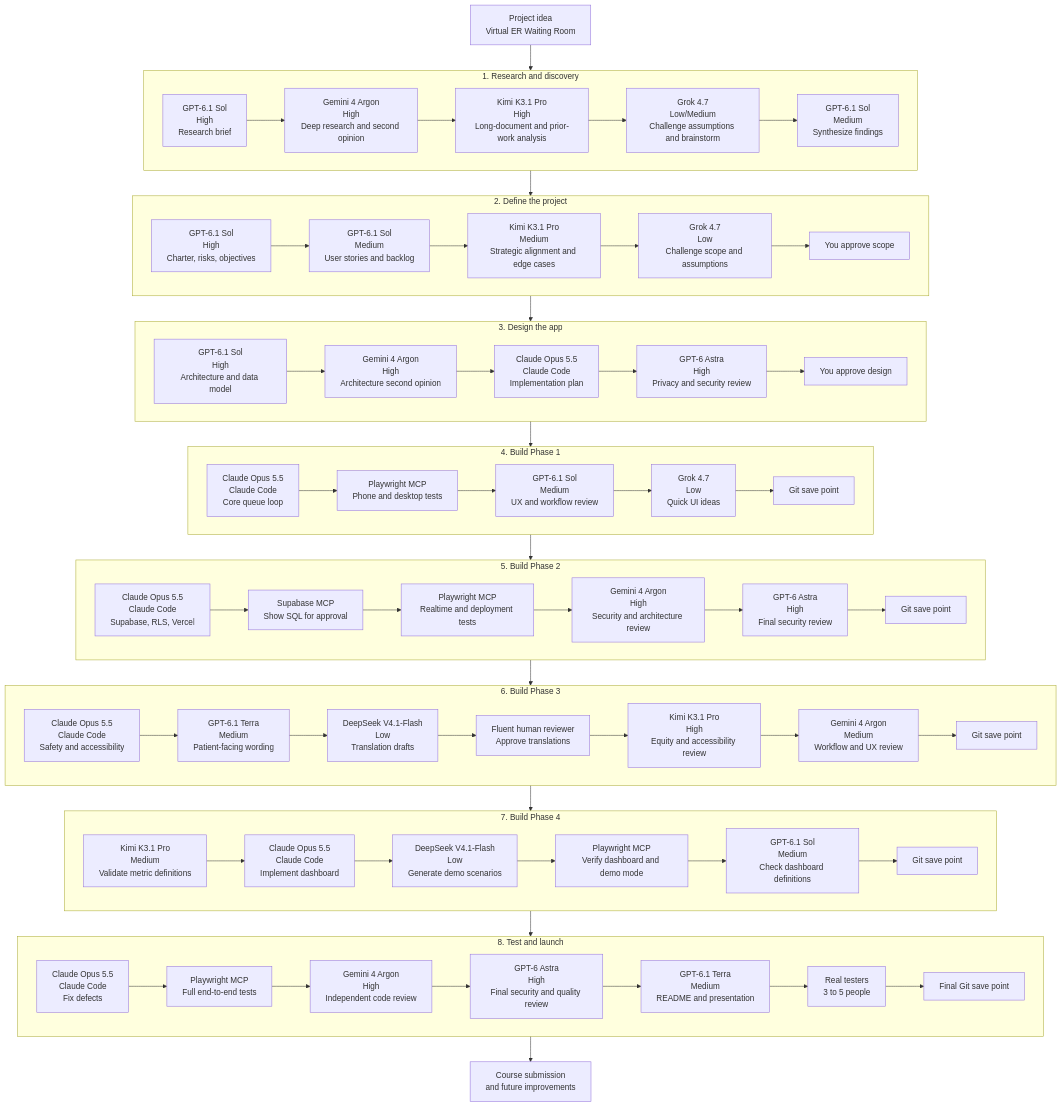
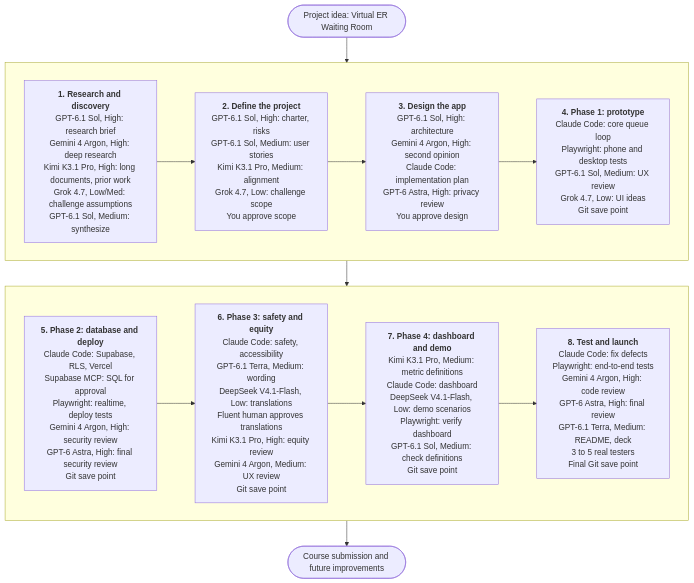
The diagram in ai_model_workflow_virtual_er.md (mgoldenitz/virtual-er), drawn with Mermaid before and after one commit.

Commit message:
Make the lifecycle diagram shorter
Claude-Session: https://claude.ai/code/session_01Wo6jyJUASZCRQHxJDEvDg6

````diff
--- a/ai_model_workflow_virtual_er.md
+++ b/ai_model_workflow_virtual_er.md
@@ -30,82 +30,26 @@
 ```mermaid
 flowchart TD
-    A[Project idea<br>Virtual ER Waiting Room] --> B[Research and discovery]
+    A([Project idea: Virtual ER Waiting Room])
 
-    subgraph B[1. Research and discovery]
-        B1[GPT-6.1 Sol<br>High<br>Research brief] --> B2[Gemini 4 Argon<br>High<br>Deep research and second opinion]
-        B2 --> B3[Kimi K3.1 Pro<br>High<br>Long-document and prior-work analysis]
-        B3 --> B4[Grok 4.7<br>Low/Medium<br>Challenge assumptions and brainstorm]
-        B4 --> B5[GPT-6.1 Sol<br>Medium<br>Synthesize findings]
+    subgraph R1[" "]
+        direction LR
+        B["<b>1. Research and discovery</b><br>GPT-6.1 Sol, High: research brief<br>Gemini 4 Argon, High: deep research<br>Kimi K3.1 Pro, High: long documents, prior work<br>Grok 4.7, Low/Med: challenge assumptions<br>GPT-6.1 Sol, Medium: synthesize"]
+        C["<b>2. Define the project</b><br>GPT-6.1 Sol, High: charter, risks<br>GPT-6.1 Sol, Medium: user stories<br>Kimi K3.1 Pro, Medium: alignment<br>Grok 4.7, Low: challenge scope<br>You approve scope"]
+        D["<b>3. Design the app</b><br>GPT-6.1 Sol, High: architecture<br>Gemini 4 Argon, High: second opinion<br>Claude Code: implementation plan<br>GPT-6 Astra, High: privacy review<br>You approve design"]
+        E["<b>4. Phase 1: prototype</b><br>Claude Code: core queue loop<br>Playwright: phone and desktop tests<br>GPT-6.1 Sol, Medium: UX review<br>Grok 4.7, Low: UI ideas<br>Git save point"]
+        B --> C --> D --> E
     end
 
-    B --> C[Project definition]
-
-    subgraph C[2. Define the project]
-        C1[GPT-6.1 Sol<br>High<br>Charter, risks, objectives] --> C2[GPT-6.1 Sol<br>Medium<br>User stories and backlog]
-        C2 --> C3[Kimi K3.1 Pro<br>Medium<br>Strategic alignment and edge cases]
-        C3 --> C4[Grok 4.7<br>Low<br>Challenge scope and assumptions]
-        C4 --> C5[You approve scope]
+    subgraph R2[" "]
+        direction LR
+        F["<b>5. Phase 2: database and deploy</b><br>Claude Code: Supabase, RLS, Vercel<br>Supabase MCP: SQL for approval<br>Playwright: realtime, deploy tests<br>Gemini 4 Argon, High: security review<br>GPT-6 Astra, High: final security review<br>Git save point"]
+        G["<b>6. Phase 3: safety and equity</b><br>Claude Code: safety, accessibility<br>GPT-6.1 Terra, Medium: wording<br>DeepSeek V4.1-Flash, Low: translations<br>Fluent human approves translations<br>Kimi K3.1 Pro, High: equity review<br>Gemini 4 Argon, Medium: UX review<br>Git save point"]
+        H["<b>7. Phase 4: dashboard and demo</b><br>Kimi K3.1 Pro, Medium: metric definitions<br>Claude Code: dashboard<br>DeepSeek V4.1-Flash, Low: demo scenarios<br>Playwright: verify dashboard<br>GPT-6.1 Sol, Medium: check definitions<br>Git save point"]
+        I["<b>8. Test and launch</b><br>Claude Code: fix defects<br>Playwright: end-to-end tests<br>Gemini 4 Argon, High: code review<br>GPT-6 Astra, High: final review<br>GPT-6.1 Terra, Medium: README, deck<br>3 to 5 real testers<br>Final Git save point"]
+        F --> G --> H --> I
     end
 
-    C --> D[Solution design]
+    J([Course submission and future improvements])
 
-    subgraph D[3. Design the app]
-        D1[GPT-6.1 Sol<br>High<br>Architecture and data model] --> D2[Gemini 4 Argon<br>High<br>Architecture second opinion]
-        D2 --> D3[Claude Opus 5.5<br>Claude Code<br>Implementation plan]
-        D3 --> D4[GPT-6 Astra<br>High<br>Privacy and security review]
-        D4 --> D5[You approve design]
-    end
-
-    D --> E[Build Phase 1<br>Clickable prototype]
-
-    subgraph E[4. Build Phase 1]
-        E1[Claude Opus 5.5<br>Claude Code<br>Core queue loop] --> E2[Playwright MCP<br>Phone and desktop tests]
-        E2 --> E3[GPT-6.1 Sol<br>Medium<br>UX and workflow review]
-        E3 --> E4[Grok 4.7<br>Low<br>Quick UI ideas]
-        E4 --> E5[Git save point]
-    end
-
-    E --> F[Build Phase 2<br>Database and deployment]
-
-    subgraph F[5. Build Phase 2]
-        F1[Claude Opus 5.5<br>Claude Code<br>Supabase, RLS, Vercel] --> F2[Supabase MCP<br>Show SQL for approval]
-        F2 --> F3[Playwright MCP<br>Realtime and deployment tests]
-        F3 --> F4[Gemini 4 Argon<br>High<br>Security and architecture review]
-        F4 --> F5[GPT-6 Astra<br>High<br>Final security review]
-        F5 --> F6[Git save point]
-    end
-
-    F --> G[Build Phase 3<br>Safety and equity]
-
-    subgraph G[6. Build Phase 3]
-        G1[Claude Opus 5.5<br>Claude Code<br>Safety and accessibility] --> G2[GPT-6.1 Terra<br>Medium<br>Patient-facing wording]
-        G2 --> G3[DeepSeek V4.1-Flash<br>Low<br>Translation drafts]
-        G3 --> G4[Fluent human reviewer<br>Approve translations]
-        G4 --> G5[Kimi K3.1 Pro<br>High<br>Equity and accessibility review]
-        G5 --> G6[Gemini 4 Argon<br>Medium<br>Workflow and UX review]
-        G6 --> G7[Git save point]
-    end
-
-    G --> H[Build Phase 4<br>Dashboard and demo mode]
-
-    subgraph H[7. Build Phase 4]
-        H1[Kimi K3.1 Pro<br>Medium<br>Validate metric definitions] --> H2[Claude Opus 5.5<br>Claude Code<br>Implement dashboard]
-        H2 --> H3[DeepSeek V4.1-Flash<br>Low<br>Generate demo scenarios]
-        H3 --> H4[Playwright MCP<br>Verify dashboard and demo mode]
-        H4 --> H5[GPT-6.1 Sol<br>Medium<br>Check dashboard definitions]
-        H5 --> H6[Git save point]
-    end
-
-    H --> I[Testing and launch]
-
-    subgraph I[8. Test and launch]
-        I1[Claude Opus 5.5<br>Claude Code<br>Fix defects] --> I2[Playwright MCP<br>Full end-to-end tests]
-        I2 --> I3[Gemini 4 Argon<br>High<br>Independent code review]
-        I3 --> I4[GPT-6 Astra<br>High<br>Final security and quality review]
-        I4 --> I5[GPT-6.1 Terra<br>Medium<br>README and presentation]
-        I5 --> I6[Real testers<br>3 to 5 people]
-        I6 --> I7[Final Git save point]
-    end
-
-    I --> J[Course submission<br>and future improvements]
+    A --> R1 --> R2 --> J
 ```
````
